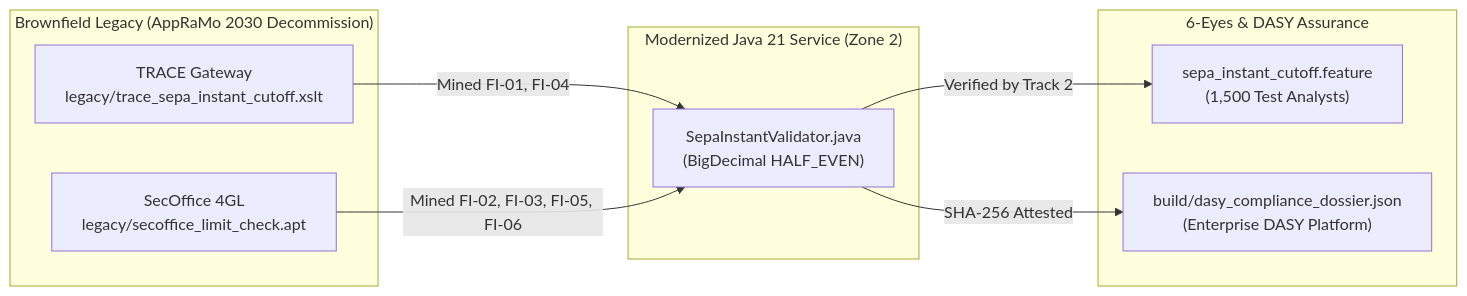
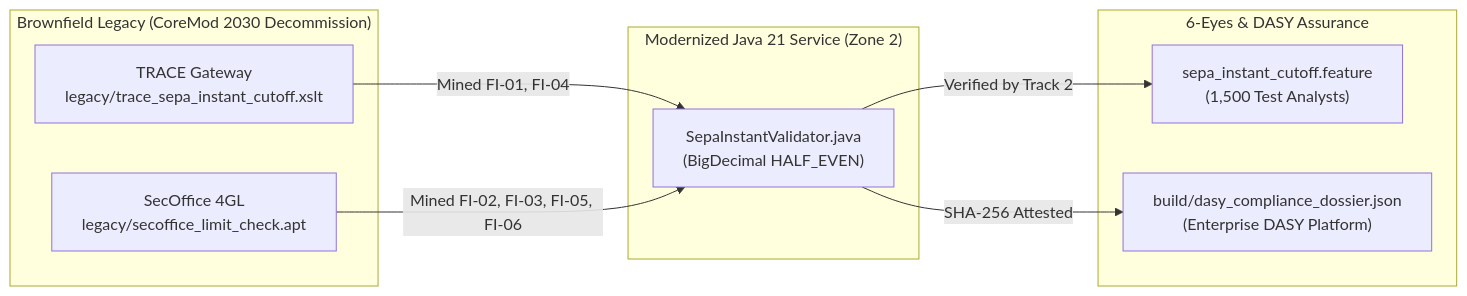
One commit to karin-devil/fsi-agentic-sdlc-5-archetypes-sepa-demo changed the diagram in docs/living_architecture_sepa.md. Above: the diagram before and after it, drawn with Mermaid. The commit also changed other lines of this file and 59 other files, not shown here.

````diff
--- a/docs/living_architecture_sepa.md
+++ b/docs/living_architecture_sepa.md
@@ -16,18 +16,18 @@
 ```mermaid
 flowchart LR
-    subgraph Legacy["Brownfield Legacy (AppRaMo 2030 Decommission)"]
+    subgraph Legacy["Brownfield Legacy (CoreMod 2030 Decommission)"]
         XSLT["TRACE Gateway\nlegacy/trace_sepa_instant_cutoff.xslt"]
         APT["SecOffice 4GL\nlegacy/secoffice_limit_check.apt"]
     end
     subgraph Modern["Modernized Java 21 Service (Zone 2)"]
         VAL["SepaInstantValidator.java\n(BigDecimal HALF_EVEN)"]
     end
     subgraph Governance["6-Eyes & DASY Assurance"]
         BDD["sepa_instant_cutoff.feature\n(1,500 Test Analysts)"]
         OSCAL["build/dasy_compliance_dossier.json\n(Enterprise DASY Platform)"]
     end
     XSLT -->|"Mined FI-01, FI-04"| VAL
     APT -->|"Mined FI-02, FI-03, FI-05, FI-06"| VAL
     VAL -->|"Verified by Track 2"| BDD
     VAL -->|"SHA-256 Attested"| OSCAL
 ```
````
